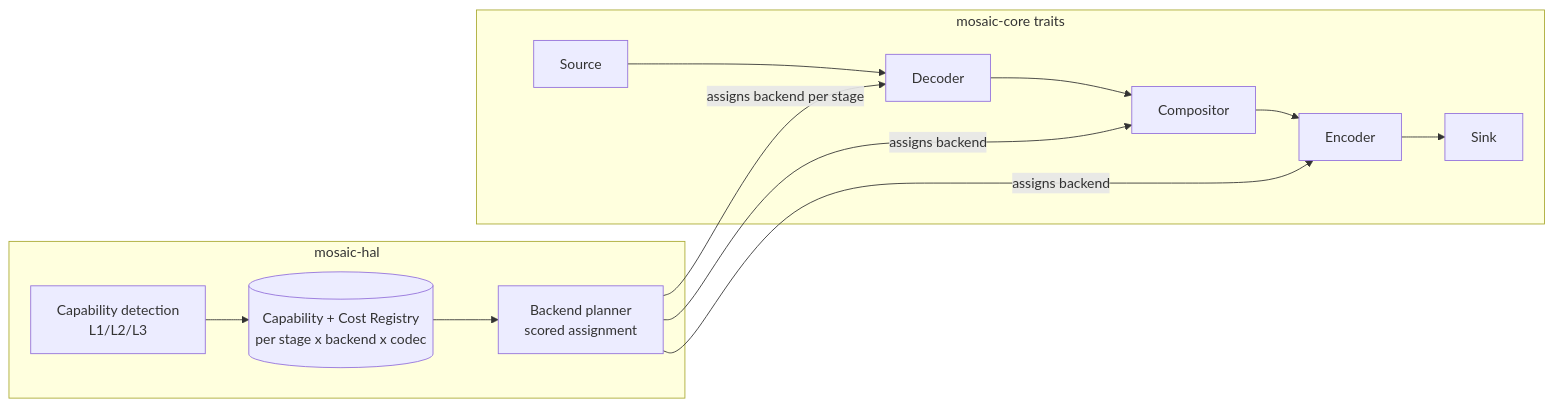
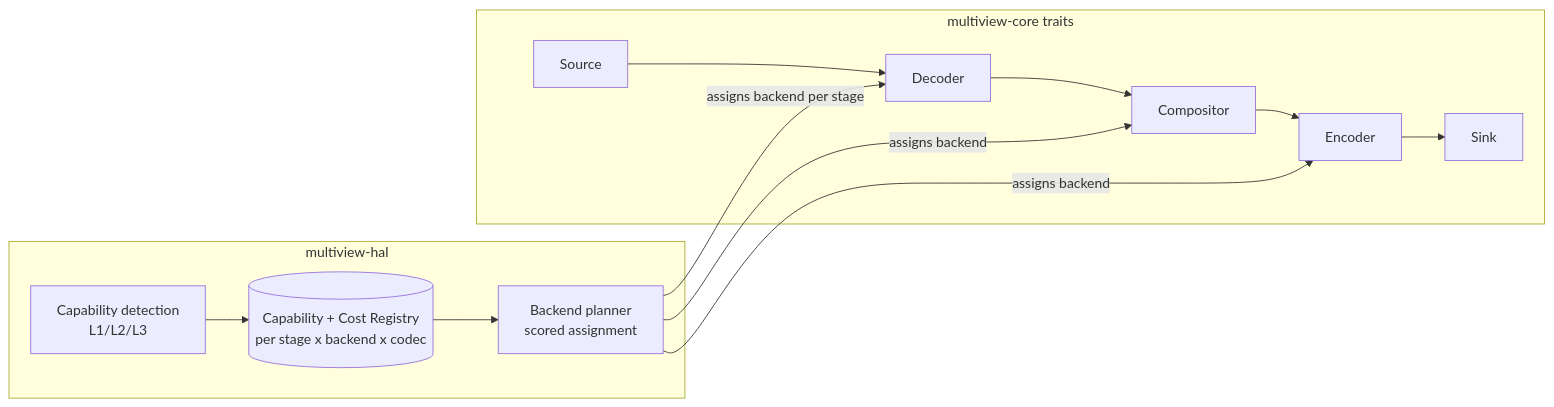
Before and after one commit to aperim/multiview: the first of 2 diagrams in docs/architecture/hardware-and-efficiency.md, drawn with Mermaid. The commit also changed other lines of this file and 1009 other files, not shown here.

First line of the commit message:
refactor: rename project mosaic → multiview

````diff
--- a/docs/architecture/hardware-and-efficiency.md
+++ b/docs/architecture/hardware-and-efficiency.md
@@ -30,13 +30,13 @@
 ```mermaid
 flowchart LR
-    subgraph Core["mosaic-core traits"]
+    subgraph Core["multiview-core traits"]
         S[Source] --> D[Decoder] --> C[Compositor] --> E[Encoder] --> O[Sink]
     end
-    subgraph HAL["mosaic-hal"]
+    subgraph HAL["multiview-hal"]
         DET[Capability detection<br/>L1/L2/L3] --> REG[("Capability + Cost Registry<br/>per stage x backend x codec")]
         REG --> PLAN[Backend planner<br/>scored assignment]
     end
     PLAN -->|assigns backend per stage| D
     PLAN -->|assigns backend| C
     PLAN -->|assigns backend| E
 ```
````
